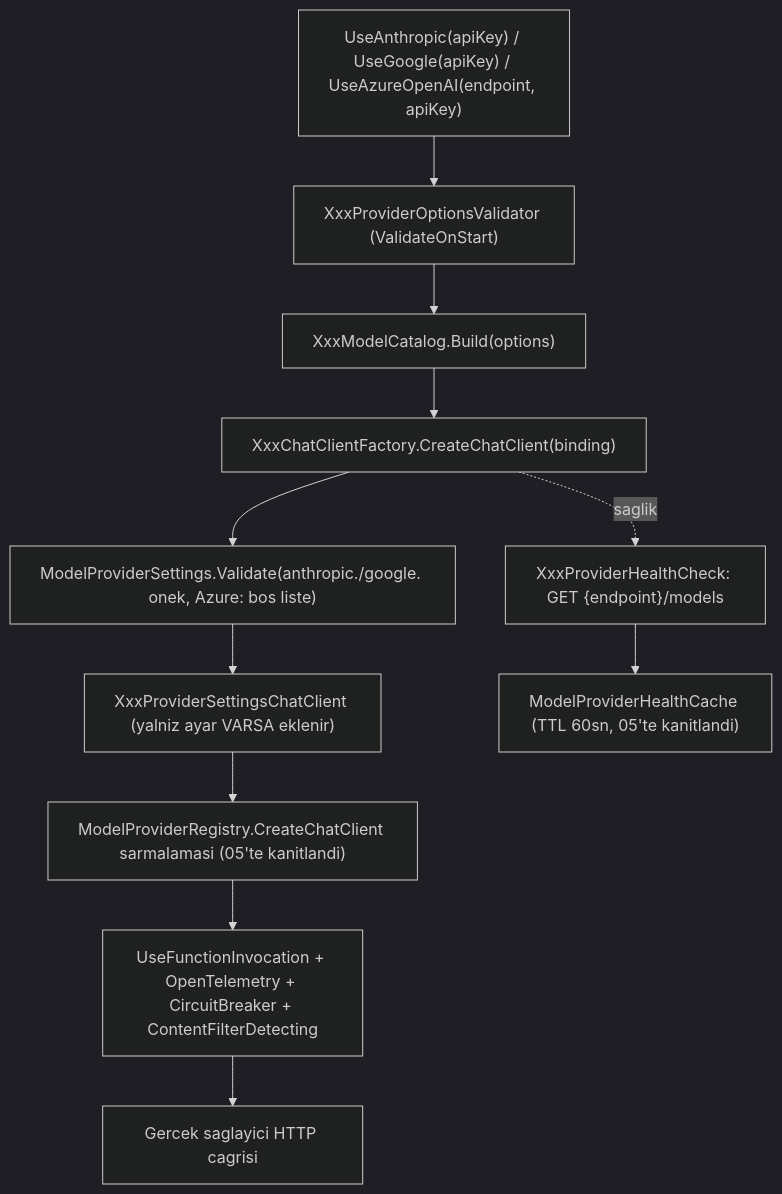
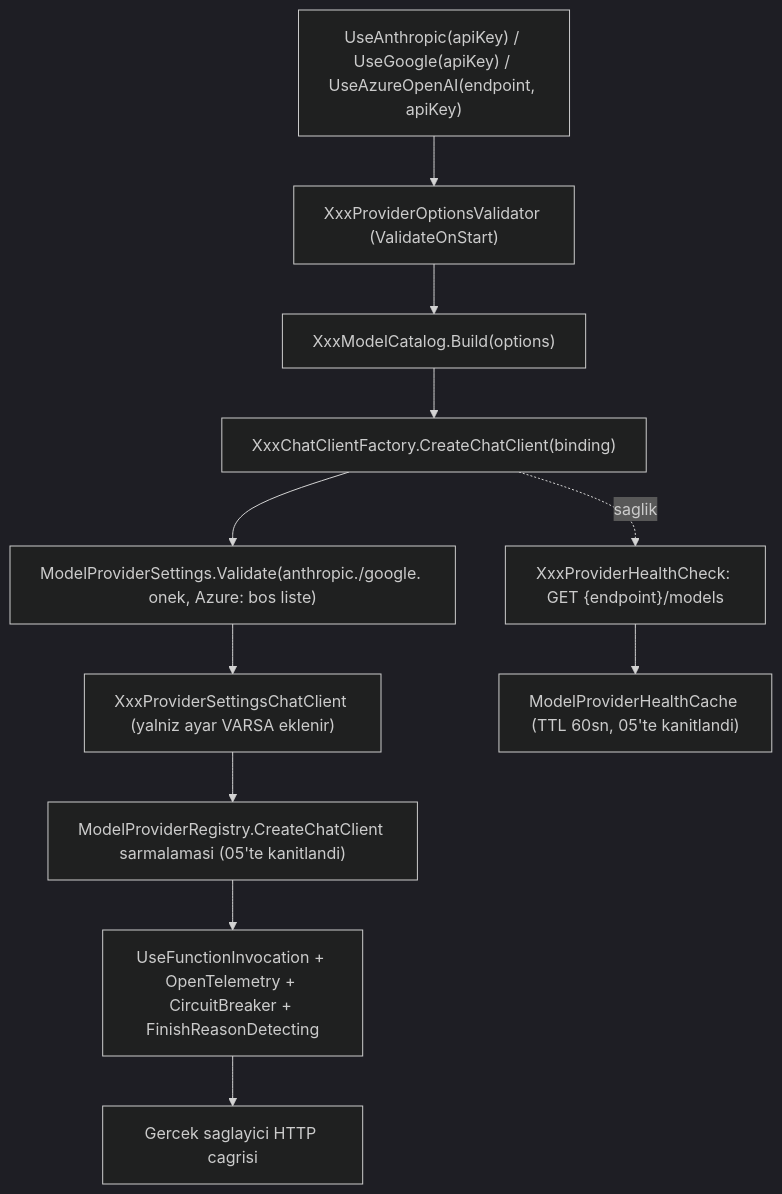
One commit to farukatasoy/Tracon changed the diagram in docs/manuel-test/06-SAGLAYICI-DIGER.md. Above: the diagram before and after it, drawn with Mermaid (dark theme). The commit also changed other lines of this file and 8 other files, not shown here.

````diff
--- a/docs/manuel-test/06-SAGLAYICI-DIGER.md
+++ b/docs/manuel-test/06-SAGLAYICI-DIGER.md
@@ -37,13 +37,13 @@
 ```mermaid
 flowchart TD
     A["UseAnthropic(apiKey) / UseGoogle(apiKey) / UseAzureOpenAI(endpoint, apiKey)"] --> B["XxxProviderOptionsValidator (ValidateOnStart)"]
     B --> C["XxxModelCatalog.Build(options)"]
     C --> D["XxxChatClientFactory.CreateChatClient(binding)"]
     D --> E["ModelProviderSettings.Validate(anthropic./google. onek, Azure: bos liste)"]
     E --> F["XxxProviderSettingsChatClient (yalniz ayar VARSA eklenir)"]
     F --> G["ModelProviderRegistry.CreateChatClient sarmalamasi (05'te kanitlandi)"]
-    G --> H["UseFunctionInvocation + OpenTelemetry + CircuitBreaker + ContentFilterDetecting"]
+    G --> H["UseFunctionInvocation + OpenTelemetry + CircuitBreaker + FinishReasonDetecting"]
     H --> I["Gercek saglayici HTTP cagrisi"]
     D -.->|saglik| J["XxxProviderHealthCheck: GET {endpoint}/models"]
     J --> K["ModelProviderHealthCache (TTL 60sn, 05'te kanitlandi)"]
 ```
````
